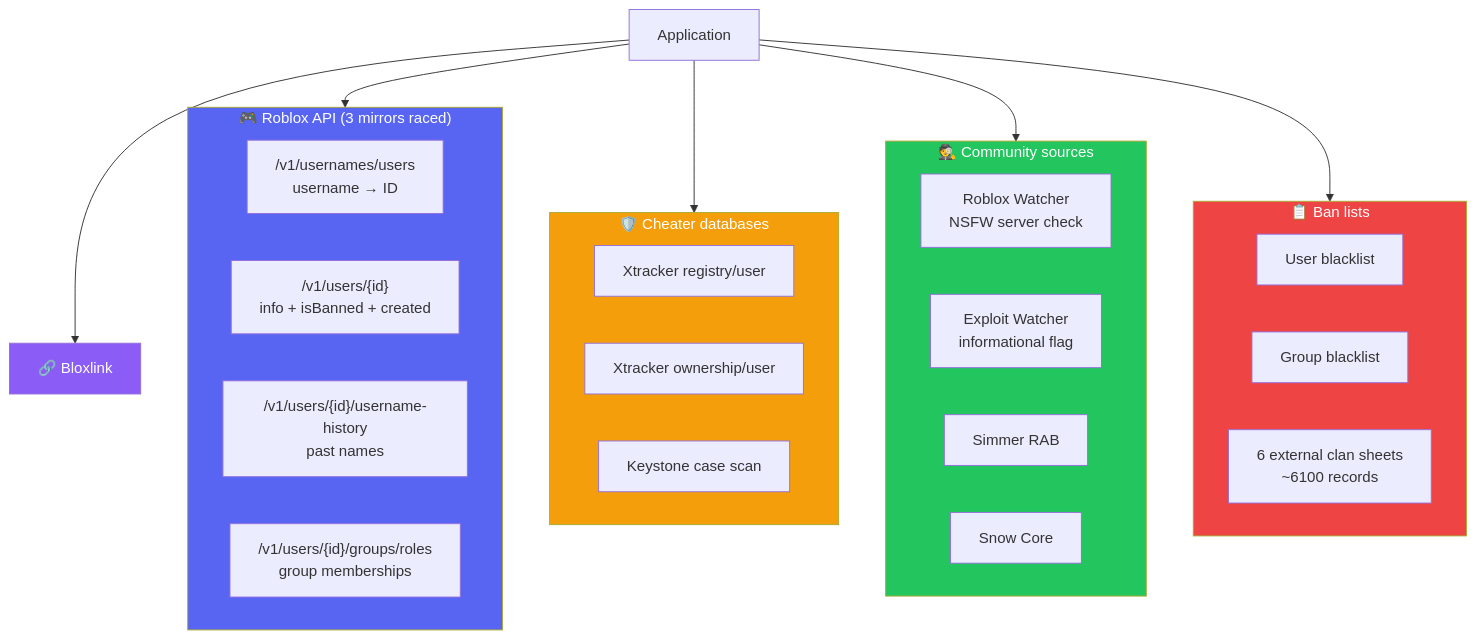
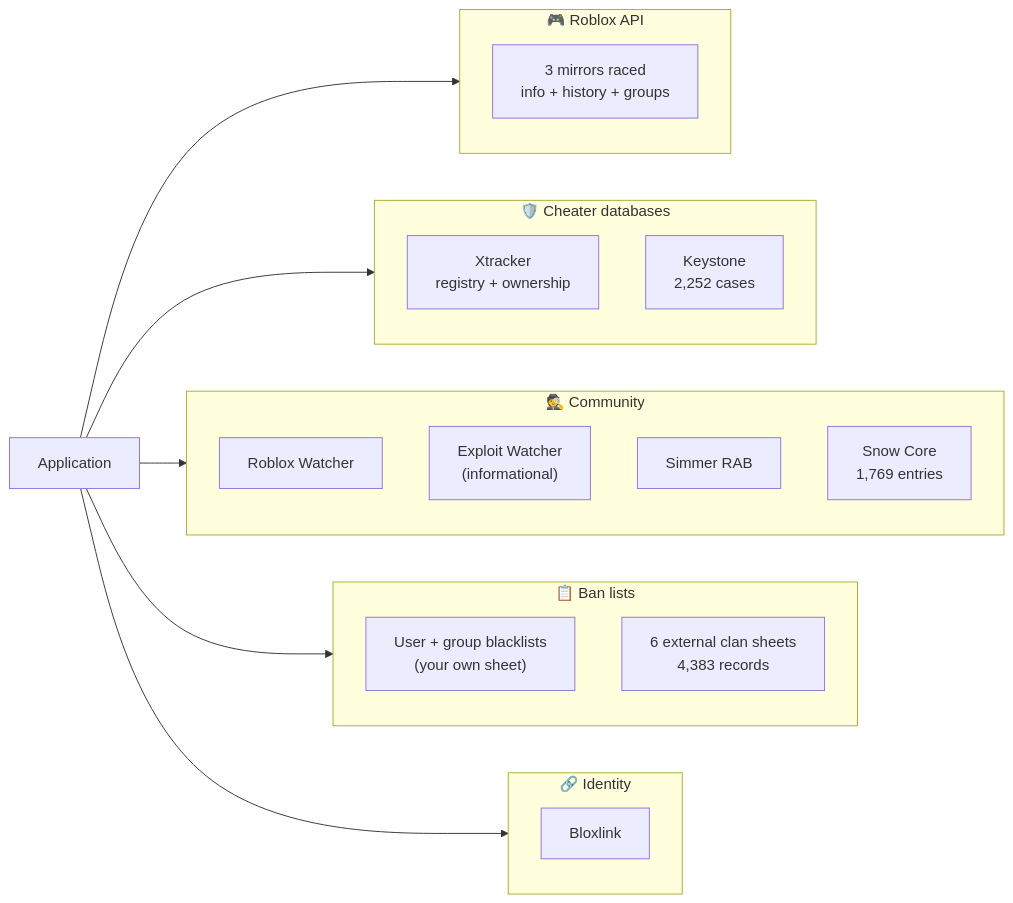
Before and after one commit to pizzarobloxh/bgc-bot: the third of 11 diagrams in operating_documents.md, drawn with Mermaid. The commit also changed other lines of this file, not shown here.

````diff
--- a/operating_documents.md
+++ b/operating_documents.md
@@ -249,40 +65,35 @@
 ```mermaid
-flowchart TD
-    subgraph Roblox["🎮 Roblox API (3 mirrors raced)"]
-        R1["/v1/usernames/users<br/>username → ID"]
-        R2["/v1/users/{id}<br/>info + isBanned + created"]
-        R3["/v1/users/{id}/username-history<br/>past names"]
-        R4["/v1/users/{id}/groups/roles<br/>group memberships"]
+flowchart LR
+    A["Application"]
+
+    subgraph Roblox["🎮 Roblox API"]
+        R1["3 mirrors raced<br/>info + history + groups"]
     end
 
     subgraph Cheat["🛡️ Cheater databases"]
-        C1["Xtracker registry/user"]
-        C2["Xtracker ownership/user"]
-        C3["Keystone case scan"]
+        C1["Xtracker<br/>registry + ownership"]
+        C2["Keystone<br/>2,252 cases"]
     end
 
-    subgraph Comms["🕵️ Community sources"]
-        W1["Roblox Watcher<br/>NSFW server check"]
-        W2["Exploit Watcher<br/>informational flag"]
-        S1["Simmer RAB"]
-        S2["Snow Core"]
+    subgraph Community["🕵️ Community"]
+        W1["Roblox Watcher"]
+        W2["Exploit Watcher<br/>(informational)"]
+        W3["Simmer RAB"]
+        W4["Snow Core<br/>1,769 entries"]
     end
 
     subgraph Lists["📋 Ban lists"]
-        B1["User blacklist"]
-        B2["Group blacklist"]
-        B3["6 external clan sheets<br/>~6100 records"]
+        B1["User + group blacklists<br/>(your own sheet)"]
+        B2["6 external clan sheets<br/>4,383 records"]
     end
 
-    A["Application"] --> Roblox
+    subgraph Identity["🔗 Identity"]
+        I1["Bloxlink"]
+    end
+
+    A --> Roblox
     A --> Cheat
-    A --> Comms
+    A --> Community
     A --> Lists
-    A --> BL["🔗 Bloxlink"]
-
-    style Roblox fill:#5865F2,color:#fff
-    style Cheat fill:#f59e0b,color:#fff
-    style Comms fill:#22c55e,color:#fff
-    style Lists fill:#ef4444,color:#fff
-    style BL fill:#8b5cf6,color:#fff
+    A --> Identity
 ```
````
